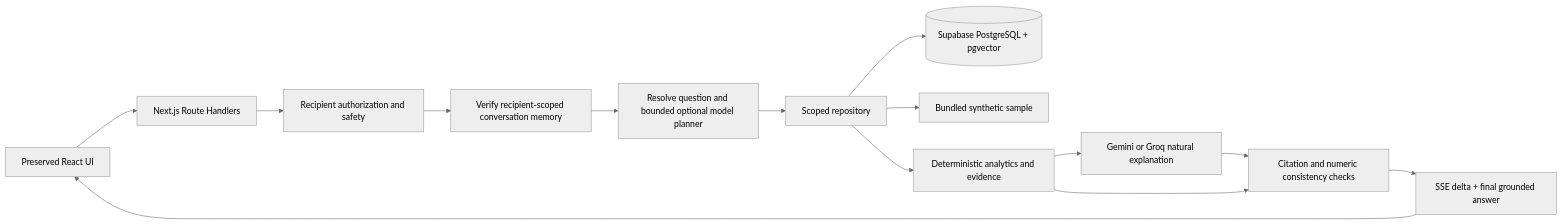
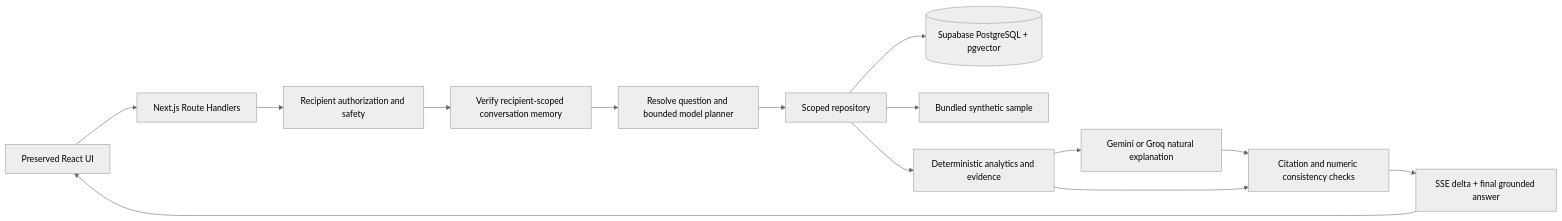
The diagram in docs/ARCHITECTURE.md (dilukshashamal/caregiver-ai), drawn with Mermaid (neutral theme) before and after one commit. The commit also changed other lines of this file and 13 other files, not shown here.

````diff
--- a/docs/ARCHITECTURE.md
+++ b/docs/ARCHITECTURE.md
@@ -3,16 +3,16 @@
 ```mermaid
 flowchart LR
   UI[Preserved React UI] --> API[Next.js Route Handlers]
   API --> Auth[Recipient authorization and safety]
   Auth --> M[Verify recipient-scoped conversation memory]
-  M --> P[Resolve question and bounded optional model planner]
+  M --> P[Resolve question and bounded model planner]
   P --> R[Scoped repository]
   R --> DB[(Supabase PostgreSQL + pgvector)]
   R --> Demo[Bundled synthetic sample]
   R --> A[Deterministic analytics and evidence]
   A --> G[Gemini or Groq natural explanation]
   G --> V[Citation and numeric consistency checks]
   A --> V
   V --> SSE[SSE delta + final grounded answer]
   SSE --> UI
 ```
````
